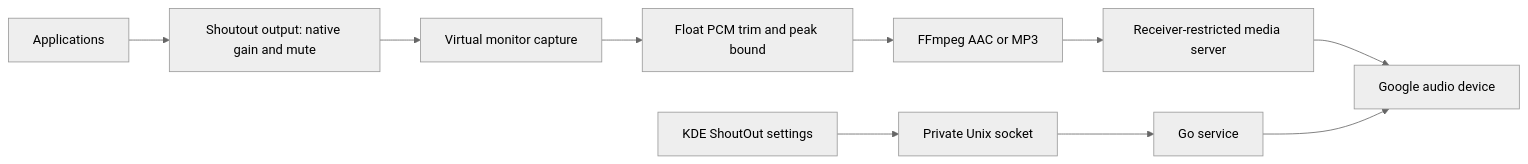
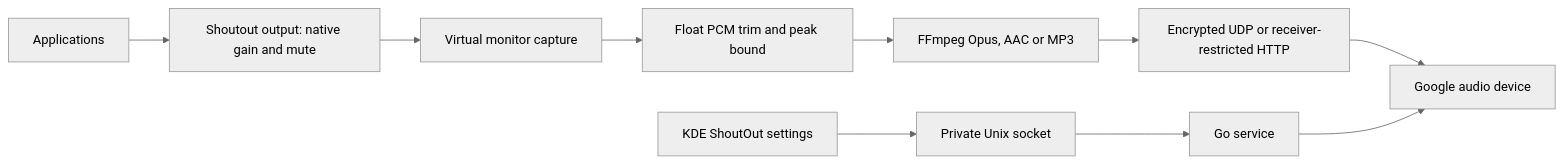
Before and after one commit to MADS0LADEN/omashoutout: the diagram in docs/PLAN.md, drawn with Mermaid (neutral theme). The commit also changed other lines of this file and 19 other files, not shown here.

````diff
--- a/docs/PLAN.md
+++ b/docs/PLAN.md
@@ -7,12 +7,12 @@
 ```mermaid
 flowchart LR
     Applications --> Sink[Shoutout output: native gain and mute]
     Sink --> Capture[Virtual monitor capture]
     Capture --> PCM[Float PCM trim and peak bound]
-    PCM --> Encoder[FFmpeg AAC or MP3]
-    Encoder --> HTTP[Receiver-restricted media server]
-    HTTP --> Receiver[Google audio device]
+    PCM --> Encoder[FFmpeg Opus, AAC or MP3]
+    Encoder --> Transport[Encrypted UDP or receiver-restricted HTTP]
+    Transport --> Receiver[Google audio device]
     Settings[KDE ShoutOut settings] --> IPC[Private Unix socket]
     IPC --> Service[Go service]
     Service --> Receiver
 ```
````
